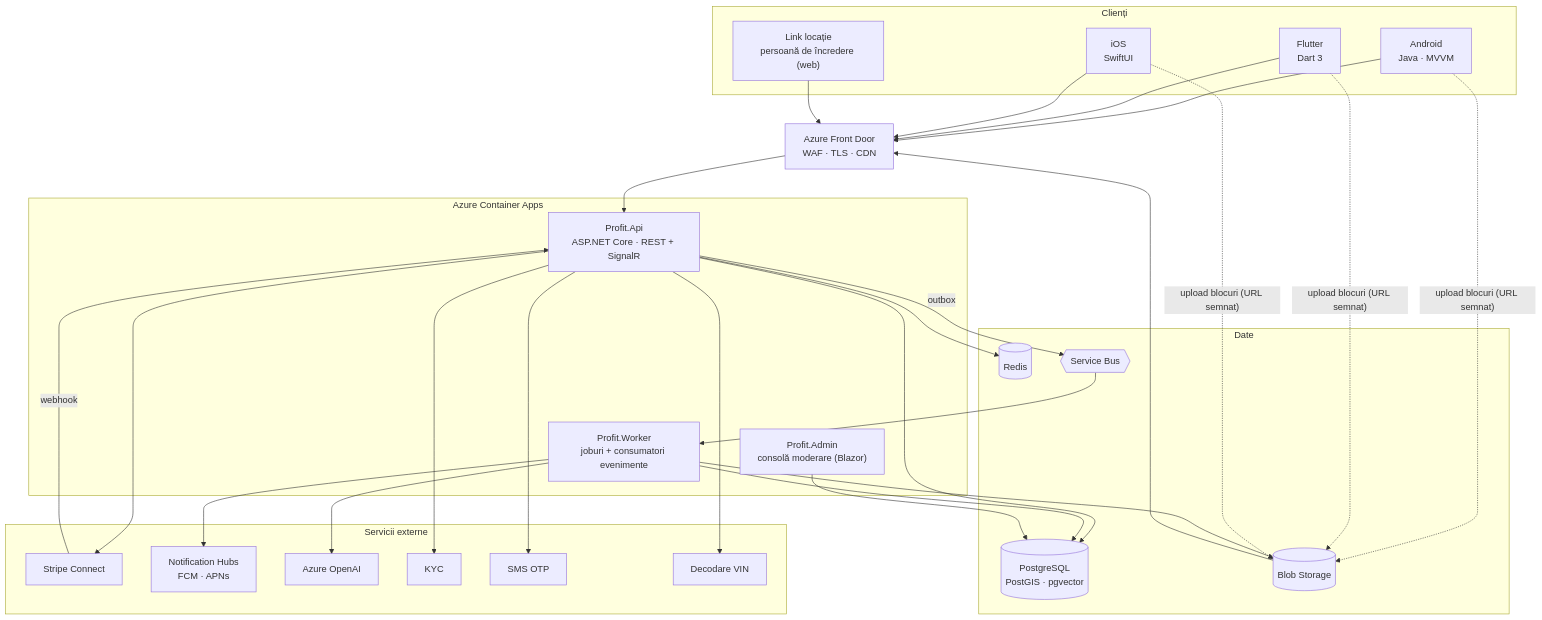
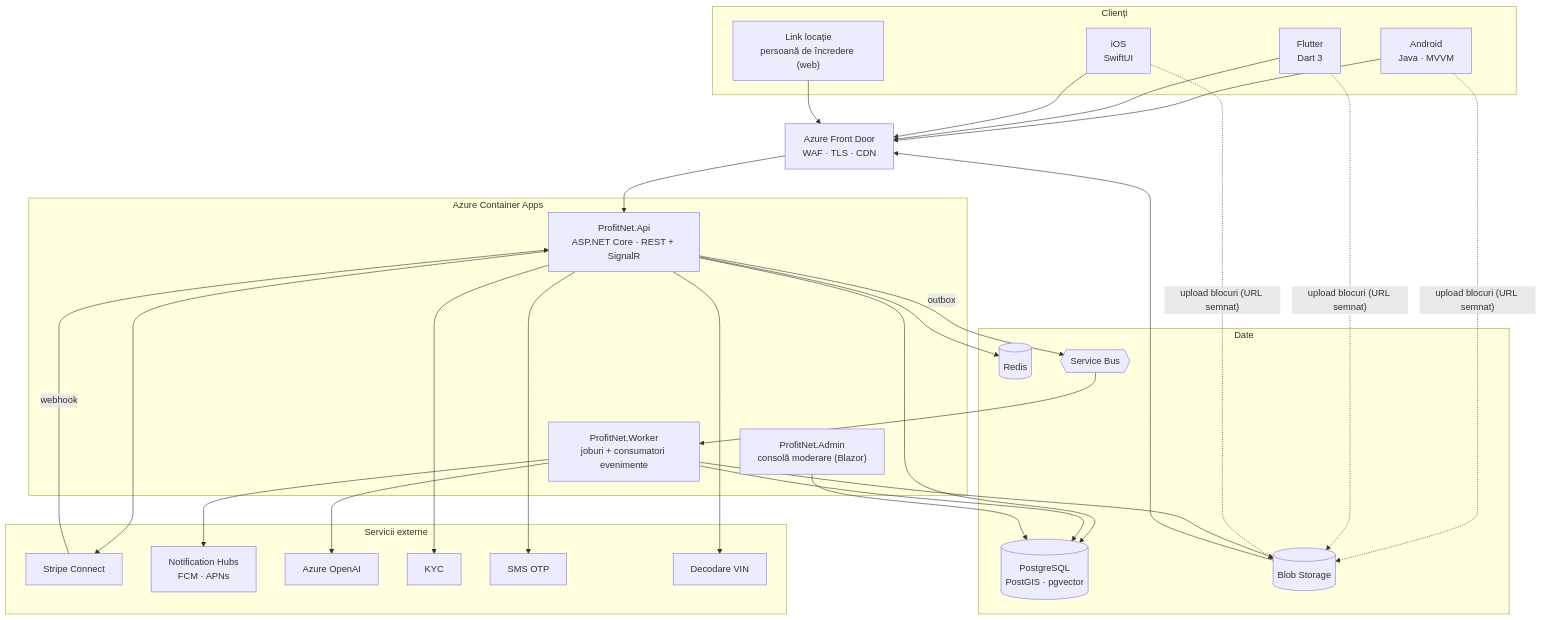
One commit to bluecode-1/Cumpara-si-vinde-pe-profit-1-code changed the first of 2 diagrams in docs/02-arhitectura-sistem.md. Above: the diagram before and after it, drawn with Mermaid. The commit also changed other lines of this file and 3 other files, not shown here.

First line of the commit message:
Rename app to ProfitNet

````diff
--- a/docs/02-arhitectura-sistem.md
+++ b/docs/02-arhitectura-sistem.md
@@ -27,47 +27,47 @@
 ```mermaid
 flowchart TB
     subgraph Clients["Clienți"]
         A["Android<br/>Java · MVVM"]
         F["Flutter<br/>Dart 3"]
         I["iOS<br/>SwiftUI"]
         T["Link locație<br/>persoană de încredere (web)"]
     end
 
     FD["Azure Front Door<br/>WAF · TLS · CDN"]
 
     subgraph ACA["Azure Container Apps"]
-        API["Profit.Api<br/>ASP.NET Core · REST + SignalR"]
-        WRK["Profit.Worker<br/>joburi + consumatori evenimente"]
-        ADM["Profit.Admin<br/>consolă moderare (Blazor)"]
+        API["ProfitNet.Api<br/>ASP.NET Core · REST + SignalR"]
+        WRK["ProfitNet.Worker<br/>joburi + consumatori evenimente"]
+        ADM["ProfitNet.Admin<br/>consolă moderare (Blazor)"]
     end
 
     subgraph Data["Date"]
         PG[("PostgreSQL<br/>PostGIS · pgvector")]
         RD[("Redis")]
         BL[("Blob Storage")]
         SB{{"Service Bus"}}
     end
 
     subgraph Ext["Servicii externe"]
         ST["Stripe Connect"]
         NH["Notification Hubs<br/>FCM · APNs"]
         AI["Azure OpenAI"]
         KY["KYC"]
         SMS["SMS OTP"]
         VIN["Decodare VIN"]
     end
 
     A & F & I --> FD
     T --> FD
     FD --> API
     A & F & I -. "upload blocuri (URL semnat)" .-> BL
     API --> PG & RD
     API -- outbox --> SB
     SB --> WRK
     WRK --> PG & BL
     WRK --> NH & AI
     API --> ST & KY & SMS & VIN
     ST -- webhook --> API
     ADM --> PG
     BL --> FD
 ```
````
